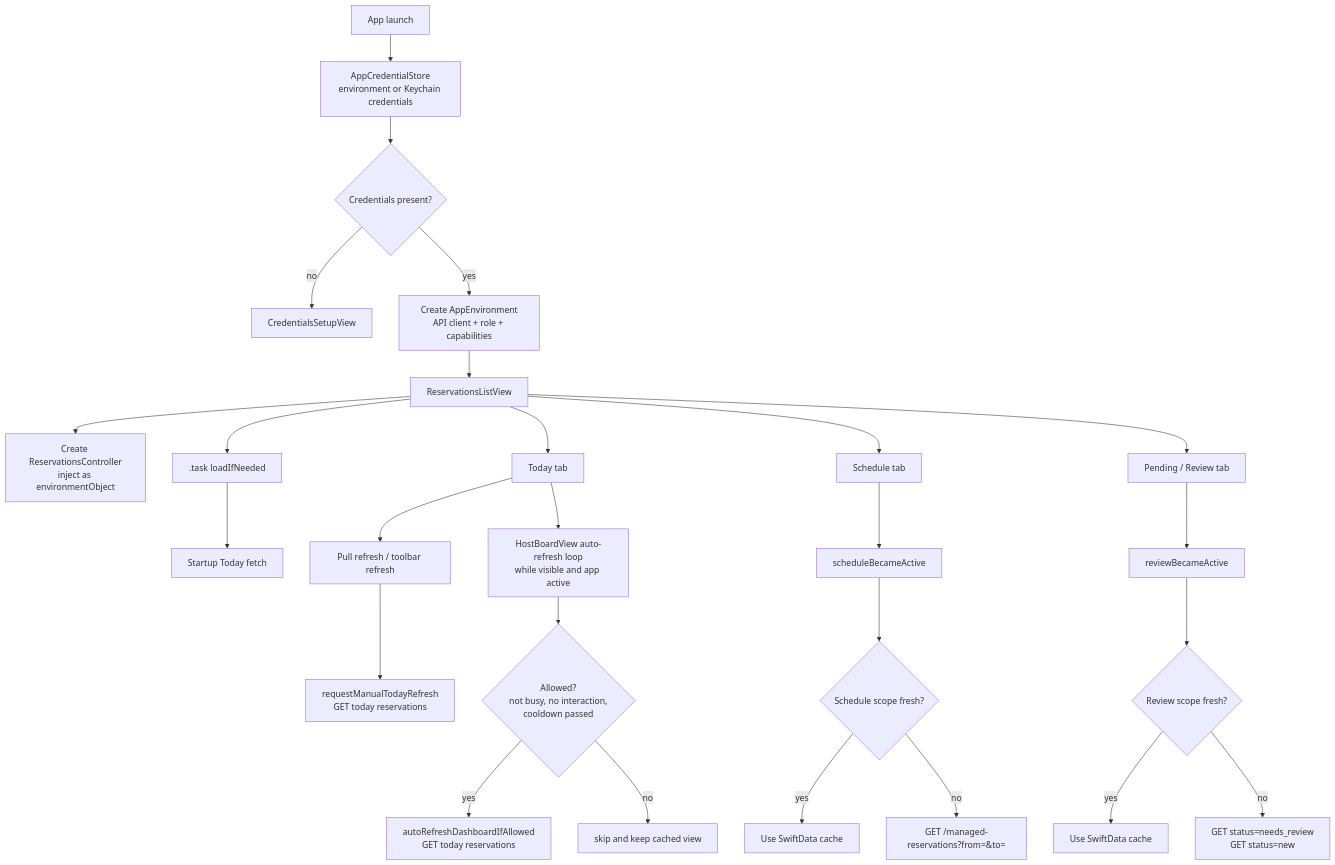
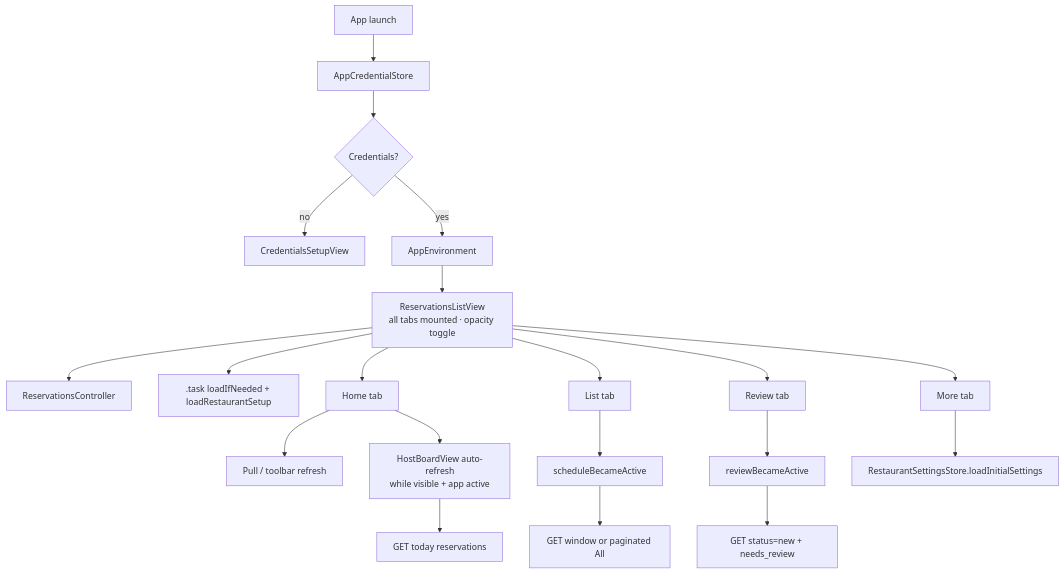
Before and after one commit to bohdan462/Reservation-iOS-App: the seventh of 8 diagrams in ARCHITECTURE_DIAGRAMS.md, drawn with Mermaid. The commit also changed other lines of this file and 3 other files, not shown here.

````diff
--- a/ARCHITECTURE_DIAGRAMS.md
+++ b/ARCHITECTURE_DIAGRAMS.md
@@ -128,31 +233,26 @@
 ```mermaid
 flowchart TD
-    Launch["App launch"] --> Creds["AppCredentialStore<br/>environment or Keychain credentials"]
-    Creds --> HasCreds{"Credentials present?"}
+    Launch["App launch"] --> Creds["AppCredentialStore"]
+    Creds --> HasCreds{"Credentials?"}
     HasCreds -- "no" --> Setup["CredentialsSetupView"]
-    HasCreds -- "yes" --> Env["Create AppEnvironment<br/>API client + role + capabilities"]
-    Env --> Root["ReservationsListView"]
-    Root --> Controller["Create ReservationsController<br/>inject as environmentObject"]
-    Root --> InitialTask[".task loadIfNeeded"]
-    InitialTask --> InitialFetch["Startup Today fetch"]
+    HasCreds -- "yes" --> Env["AppEnvironment"]
+    Env --> Root["ReservationsListView<br/>all tabs mounted · opacity toggle"]
+    Root --> Controller["ReservationsController"]
+    Root --> InitialTask[".task loadIfNeeded + loadRestaurantSetup"]
 
-    Root --> Today["Today tab"]
-    Today --> ManualRefresh["Pull refresh / toolbar refresh"]
-    ManualRefresh --> TodayFetch["requestManualTodayRefresh<br/>GET today reservations"]
-    Today --> AutoLoop["HostBoardView auto-refresh loop<br/>while visible and app active"]
-    AutoLoop --> AutoGuards{"Allowed?<br/>not busy, no interaction,<br/>cooldown passed"}
-    AutoGuards -- "yes" --> AutoFetch["autoRefreshDashboardIfAllowed<br/>GET today reservations"]
-    AutoGuards -- "no" --> Skip["skip and keep cached view"]
+    Root --> Home["Home tab"]
+    Home --> ManualRefresh["Pull / toolbar refresh"]
+    Home --> AutoLoop["HostBoardView auto-refresh<br/>while visible + app active"]
+    AutoLoop --> AutoFetch["GET today reservations"]
 
-    Root --> Schedule["Schedule tab"]
-    Schedule --> ScheduleActive["scheduleBecameActive"]
-    ScheduleActive --> ScheduleFresh{"Schedule scope fresh?"}
-    ScheduleFresh -- "yes" --> ScheduleCache["Use SwiftData cache"]
-    ScheduleFresh -- "no" --> ScheduleFetch["GET /managed-reservations?from=&to="]
+    Root --> List["List tab"]
+    List --> ScheduleActive["scheduleBecameActive"]
+    ScheduleActive --> ScheduleFetch["GET window or paginated All"]
 
-    Root --> Pending["Pending / Review tab"]
-    Pending --> PendingActive["reviewBecameActive"]
-    PendingActive --> PendingFresh{"Review scope fresh?"}
-    PendingFresh -- "yes" --> PendingCache["Use SwiftData cache"]
-    PendingFresh -- "no" --> PendingFetch["GET status=needs_review<br/>GET status=new"]
+    Root --> Review["Review tab"]
+    Review --> ReviewActive["reviewBecameActive"]
+    ReviewActive --> ReviewFetch["GET status=new + needs_review"]
+
+    Root --> More["More tab"]
+    More --> SettingsLoad["RestaurantSettingsStore.loadInitialSettings"]
 ```
````
